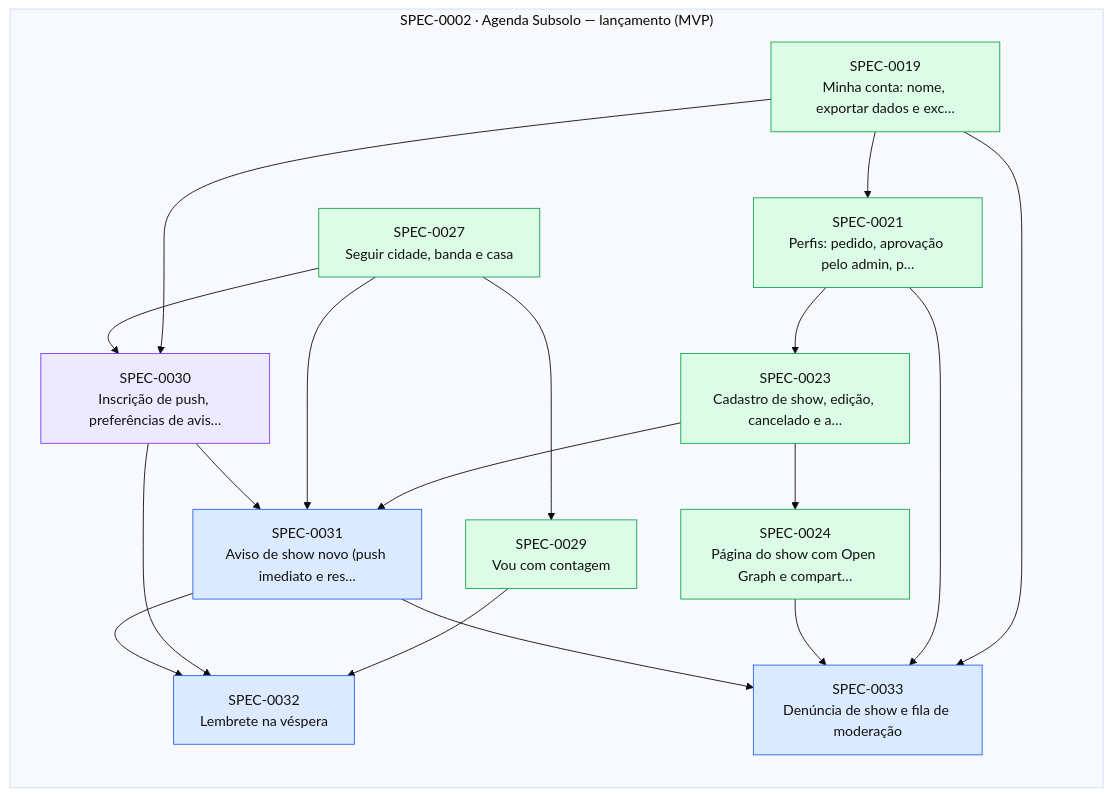
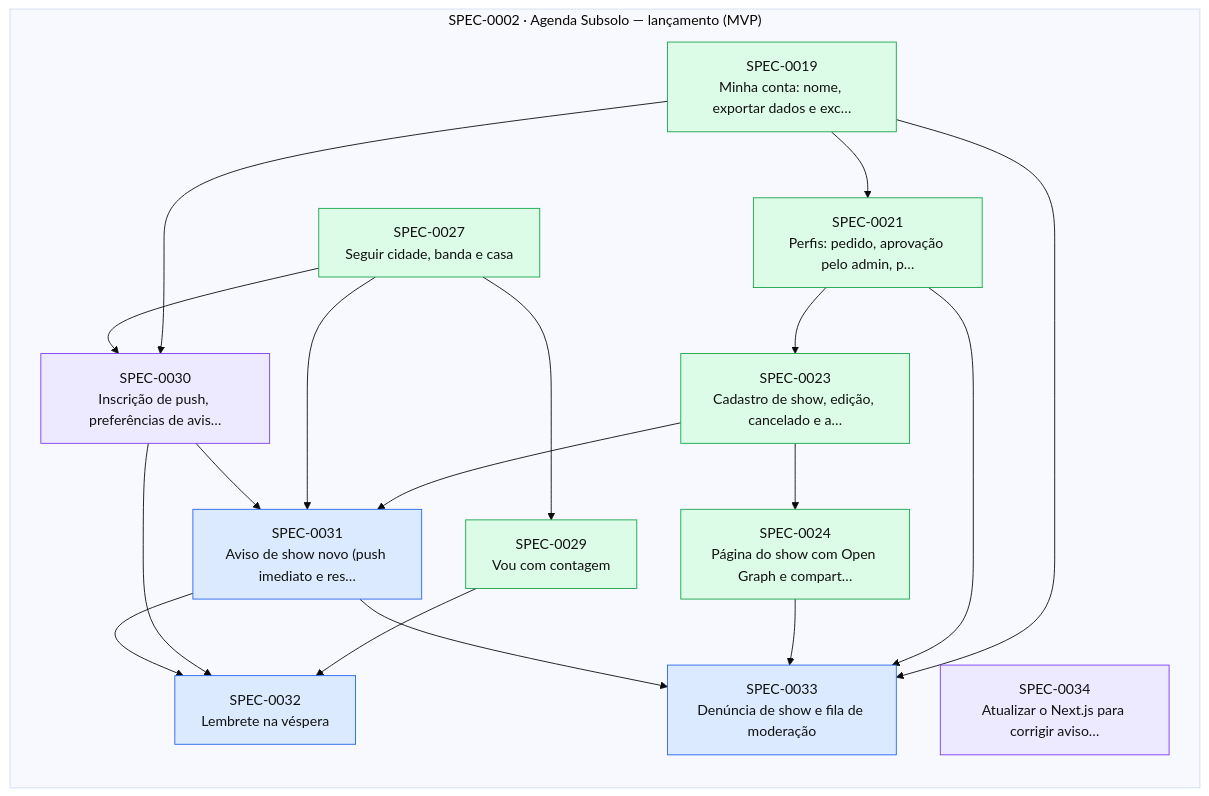
Before and after one commit to thomasravache/subsolo: the diagram in docs/specs/INDEX.md, drawn with Mermaid (base theme). The commit also changed other lines of this file and 1 other file, not shown here.

First line of the commit message:
docs(sdd): add and start SPEC-0034 Next.js security update

````diff
--- a/docs/specs/INDEX.md
+++ b/docs/specs/INDEX.md
@@ -69,36 +70,37 @@
 ```mermaid
 flowchart LR
   subgraph E0002["SPEC-0002 · Agenda Subsolo — lançamento (MVP)"]
     S0019["SPEC-0019<br/>Minha conta: nome, exportar dados e exc…"]:::implemented
     S0021["SPEC-0021<br/>Perfis: pedido, aprovação pelo admin, p…"]:::implemented
     S0023["SPEC-0023<br/>Cadastro de show, edição, cancelado e a…"]:::implemented
     S0024["SPEC-0024<br/>Página do show com Open Graph e compart…"]:::implemented
     S0027["SPEC-0027<br/>Seguir cidade, banda e casa"]:::implemented
     S0029["SPEC-0029<br/>Vou com contagem"]:::implemented
     S0030["SPEC-0030<br/>Inscrição de push, preferências de avis…"]:::inprogress
     S0031["SPEC-0031<br/>Aviso de show novo (push imediato e res…"]:::approved
     S0032["SPEC-0032<br/>Lembrete na véspera"]:::approved
     S0033["SPEC-0033<br/>Denúncia de show e fila de moderação"]:::approved
+    S0034["SPEC-0034<br/>Atualizar o Next.js para corrigir aviso…"]:::inprogress
   end
   S0019 --> S0021
   S0021 --> S0023
   S0023 --> S0024
   S0027 --> S0029
   S0019 --> S0030
   S0027 --> S0030
   S0023 --> S0031
   S0027 --> S0031
   S0030 --> S0031
   S0029 --> S0032
   S0030 --> S0032
   S0031 --> S0032
   S0019 --> S0033
   S0021 --> S0033
   S0024 --> S0033
   S0031 --> S0033
   classDef proposed fill:#fef3c7,stroke:#d97706,color:#111
   classDef approved fill:#dbeafe,stroke:#2563eb,color:#111
   classDef inprogress fill:#ede9fe,stroke:#7c3aed,color:#111
   classDef implemented fill:#dcfce7,stroke:#16a34a,color:#111
   classDef deprecated fill:#f3f4f6,stroke:#9ca3af,color:#6b7280
 ```
````
